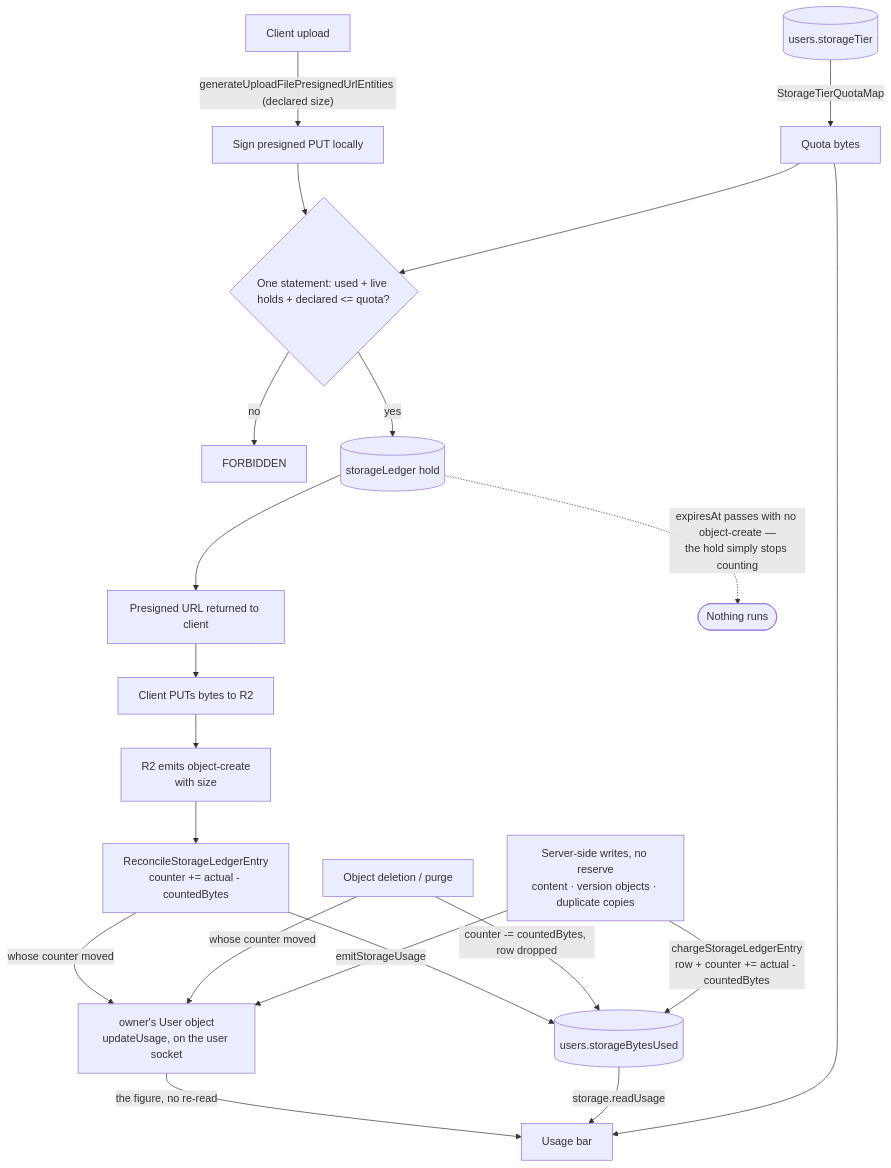
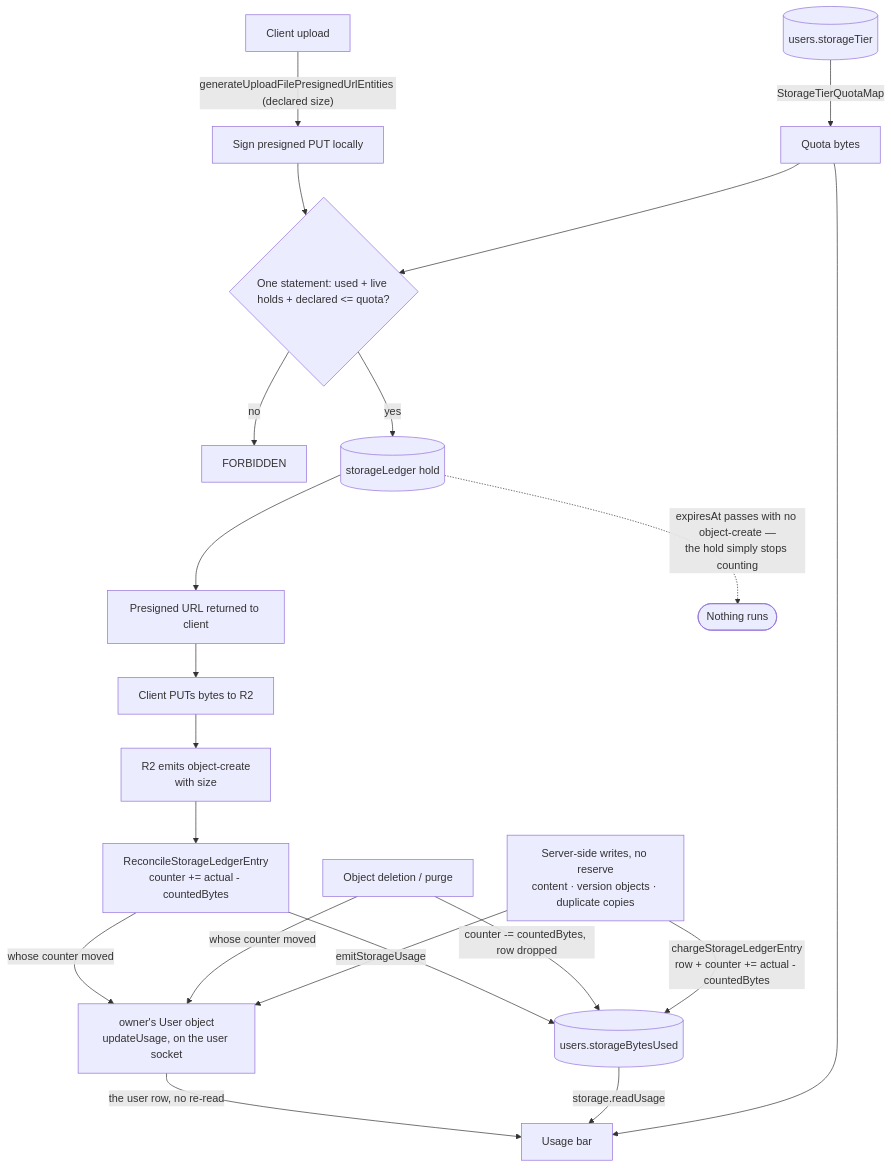
Before and after one commit to Esposter/Esposter: the diagram in openspec/specs/resource/storage-quotas/design.md, drawn with Mermaid. The commit also changed other lines of this file and 17 other files, not shown here.

````diff
--- a/openspec/specs/resource/storage-quotas/design.md
+++ b/openspec/specs/resource/storage-quotas/design.md
@@ -9,23 +9,23 @@
 ```mermaid
 flowchart TD
   client[Client upload] -->|"generateUploadFilePresignedUrlEntities (declared size)"| sign[Sign presigned PUT locally]
   sign --> reserve{"One statement: used + live holds + declared &lt;= quota?"}
   reserve -->|no| reject["FORBIDDEN"]
   reserve -->|yes| ledger[("storageLedger hold")]
   ledger --> respond[Presigned URL returned to client]
   respond --> put[Client PUTs bytes to R2]
   put --> created["R2 emits object-create<br/>with size"]
   created --> reconcile["ReconcileStorageLedgerEntry<br/>counter += actual - countedBytes"]
   reconcile --> counter[("users.storageBytesUsed")]
   del["Object deletion / purge"] -->|"counter -= countedBytes, row dropped"| counter
   save["Server-side writes, no reserve<br/>content · version objects · duplicate copies"] -->|"chargeStorageLedgerEntry<br/>row + counter += actual - countedBytes"| counter
   ledger -.->|"expiresAt passes with no object-create —<br/>the hold simply stops counting"| gone(["Nothing runs"])
   reconcile -->|"whose counter moved"| uo["owner's User object<br/>updateUsage, on the user socket"]
   del -->|"whose counter moved"| uo
   save -->|"emitStorageUsage"| uo
-  uo -->|"the figure, no re-read"| ui
+  uo -->|"the user row, no re-read"| ui
   counter -->|storage.readUsage| ui["Usage bar"]
   tier[("users.storageTier")] -->|StorageTierQuotaMap| quota[Quota bytes]
   quota --> reserve
   quota --> ui
 ```
````
